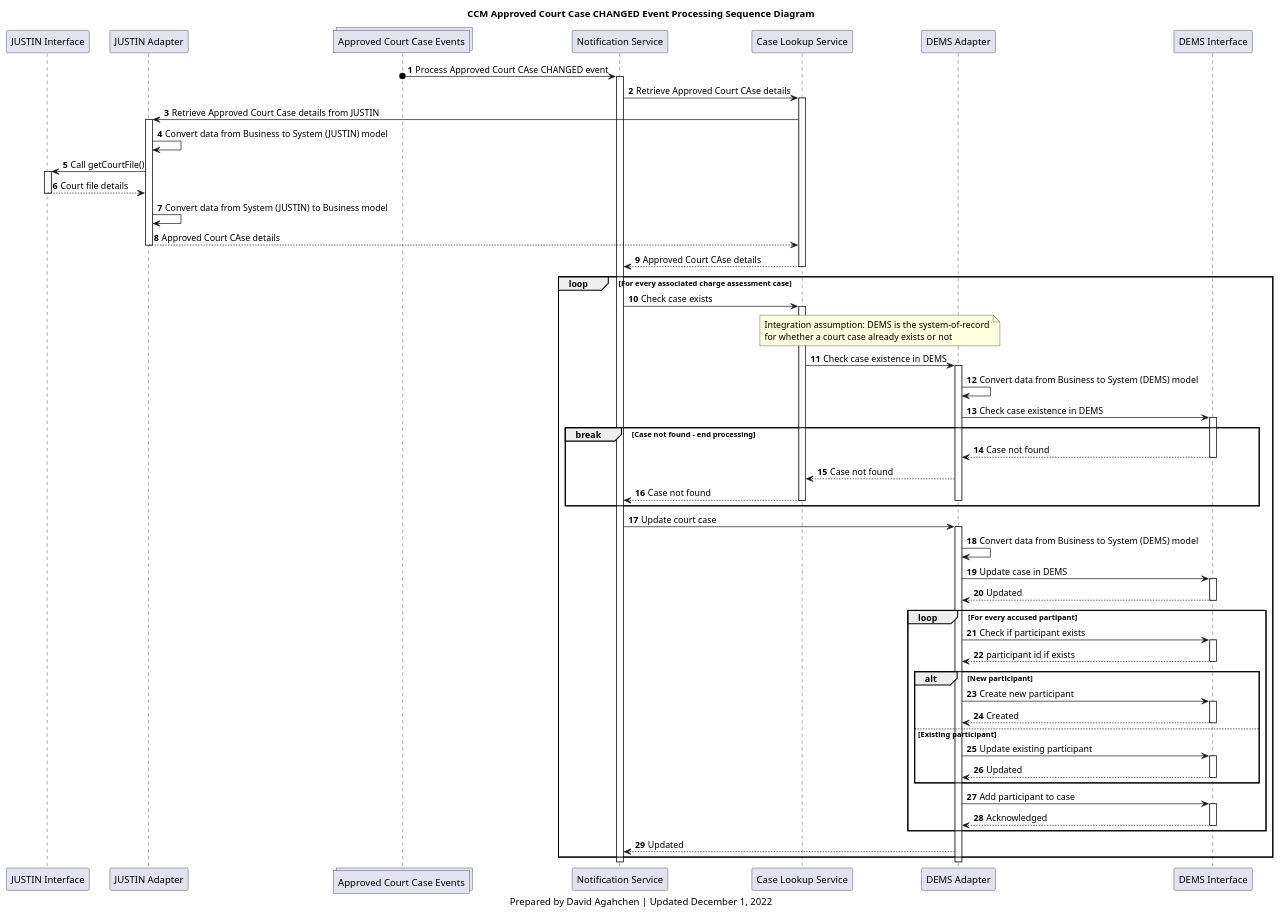
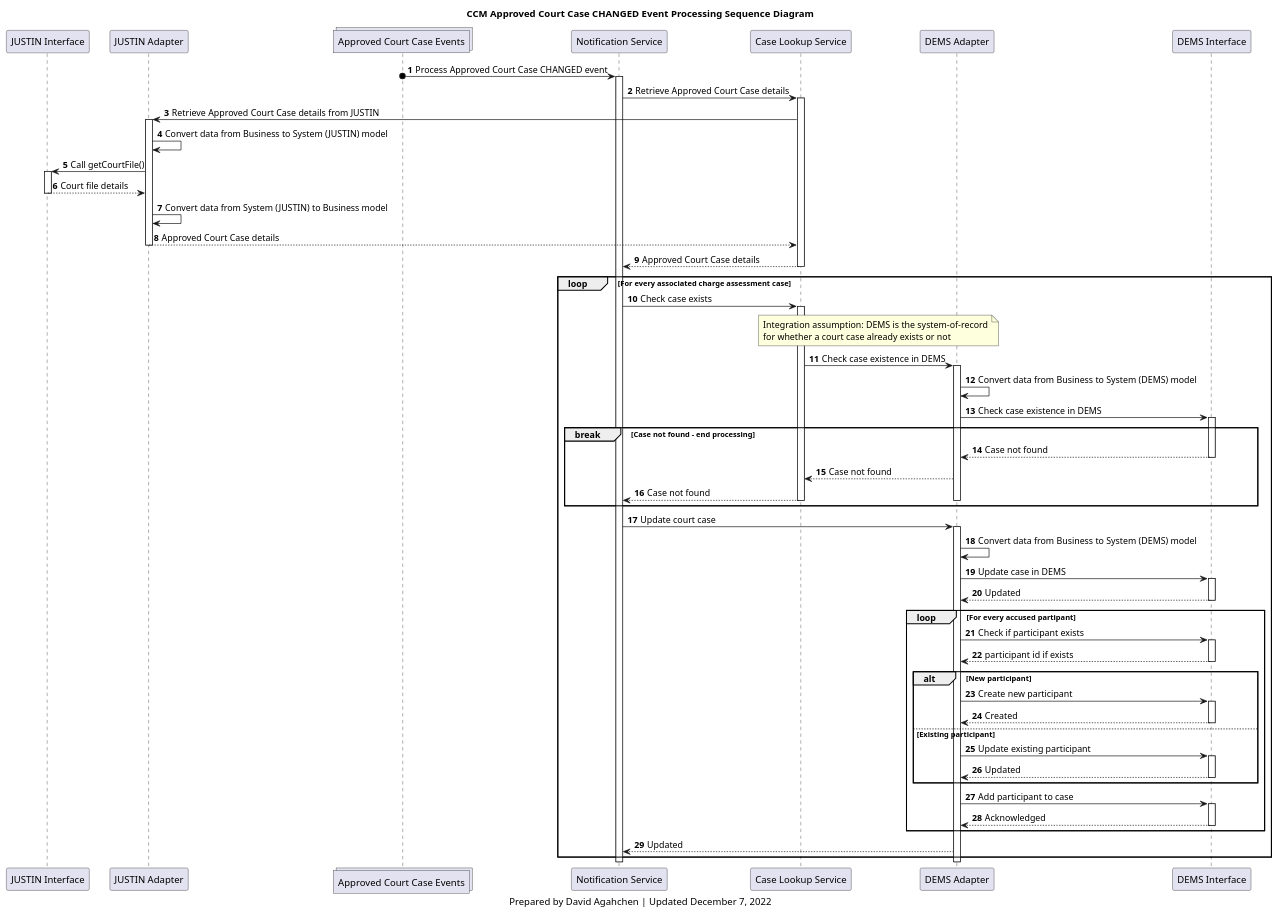
Before and after one commit to bcgov/jpss-jade-ccm: the diagram in diagrams/ccm_approved_court_case_changed_processing_sequence_diagram.plantuml, drawn with PlantUML. The commit also changed 14 other files, not shown here.

```diff
--- a/diagrams/ccm_approved_court_case_changed_processing_sequence_diagram.plantuml
+++ b/diagrams/ccm_approved_court_case_changed_processing_sequence_diagram.plantuml
@@ -1,100 +1,100 @@
 @startuml
 'hide footbox
 participant j_interface as "JUSTIN Interface"
 participant j_adapter as "JUSTIN Adapter"
 collections approved_court_case_topic as "Approved Court Case Events"
 participant notification_service as "Notification Service"
 participant lookup_service as "Case Lookup Service"
 participant d_adapter as "DEMS Adapter"
 participant d_interface as "DEMS Interface"
 
 title
 CCM Approved Court Case CHANGED Event Processing Sequence Diagram
 end title
 
 autonumber
 
-approved_court_case_topic o-> notification_service: Process Approved Court CAse CHANGED event
+approved_court_case_topic o-> notification_service: Process Approved Court Case CHANGED event
 activate notification_service
 
-notification_service -> lookup_service: Retrieve Approved Court CAse details
+notification_service -> lookup_service: Retrieve Approved Court Case details
 activate lookup_service
 lookup_service -> j_adapter: Retrieve Approved Court Case details from JUSTIN
 
 activate j_adapter
 j_adapter -> j_adapter: Convert data from Business to System (JUSTIN) model
 j_adapter -> j_interface: Call getCourtFile()
 activate j_interface
 j_interface --> j_adapter: Court file details
 deactivate j_interface
 j_adapter -> j_adapter: Convert data from System (JUSTIN) to Business model
-j_adapter --> lookup_service: Approved Court CAse details
+j_adapter --> lookup_service: Approved Court Case details
 deactivate j_adapter
 
-lookup_service --> notification_service: Approved Court CAse details
+lookup_service --> notification_service: Approved Court Case details
 deactivate lookup_service
 
 loop For every associated charge assessment case
 
     notification_service -> lookup_service: Check case exists
     activate lookup_service
     note over lookup_service, d_adapter
     Integration assumption: DEMS is the system-of-record
     for whether a court case already exists or not
     end note
     lookup_service -> d_adapter: Check case existence in DEMS
     activate d_adapter
     d_adapter -> d_adapter: Convert data from Business to System (DEMS) model
     d_adapter -> d_interface: Check case existence in DEMS
     activate d_interface
 
     break Case not found - end processing
     d_interface --> d_adapter: Case not found
     deactivate d_interface
     d_adapter --> lookup_service: Case not found
     lookup_service --> notification_service: Case not found
     deactivate lookup_service
     deactivate d_adapter
     end break
 
     notification_service -> d_adapter: Update court case
     activate d_adapter
     d_adapter -> d_adapter: Convert data from Business to System (DEMS) model
     d_adapter -> d_interface: Update case in DEMS
     activate d_interface
     d_interface --> d_adapter: Updated
     deactivate d_interface
 
     loop For every accused partipant
         d_adapter -> d_interface: Check if participant exists
         activate d_interface
         d_interface --> d_adapter: participant id if exists
         deactivate d_interface
         alt New participant
             d_adapter -> d_interface: Create new participant
             activate d_interface
             d_interface --> d_adapter: Created
             deactivate d_interface
         else Existing participant
             d_adapter -> d_interface: Update existing participant
             activate d_interface
             d_interface --> d_adapter: Updated
             deactivate d_interface
         end
         d_adapter -> d_interface: Add participant to case
         activate d_interface
         d_interface --> d_adapter: Acknowledged
         deactivate d_interface
     end
 
     d_adapter --> notification_service: Updated
 end loop
 
 deactivate d_adapter
 
 deactivate notification_service
 
 caption
-Prepared by David Agahchen | Updated December 1, 2022
+Prepared by David Agahchen | Updated December 7, 2022
 end caption
 @enduml
```
